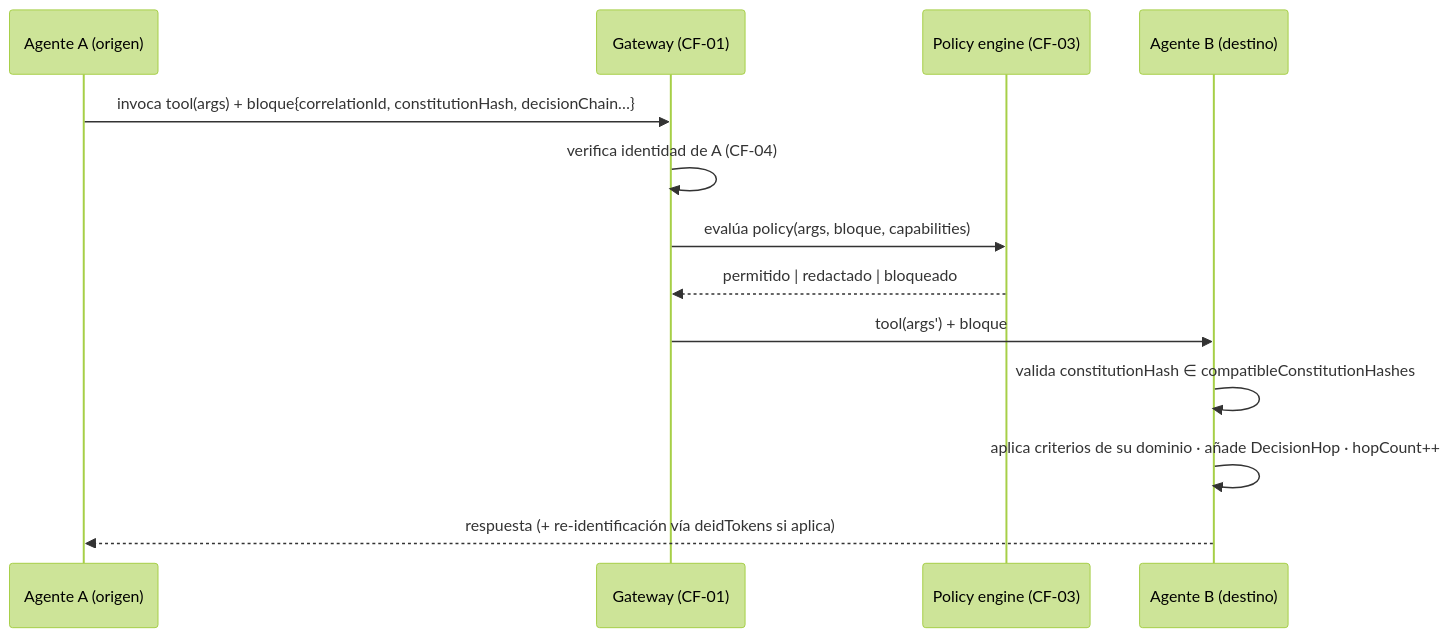
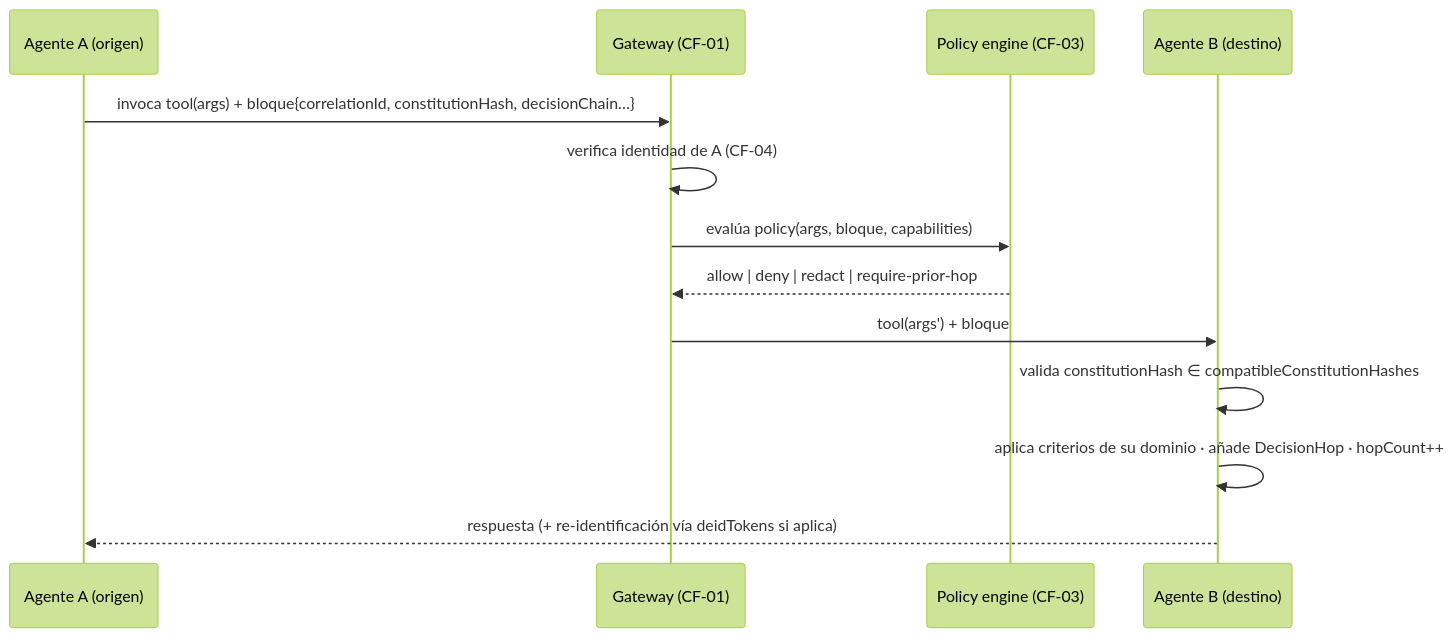
The second of 4 diagrams in docs/federation/guia-arquitectura-funcional.md (e2its/myrmion-framework), drawn with Mermaid (forest theme) before and after one commit. The commit also changed 5 other files, not shown here.

````diff
--- a/docs/federation/guia-arquitectura-funcional.md
+++ b/docs/federation/guia-arquitectura-funcional.md
@@ -55,15 +55,15 @@
 ```mermaid
 sequenceDiagram
     participant A as Agente A (origen)
     participant GW as Gateway (CF-01)
     participant PE as Policy engine (CF-03)
     participant B as Agente B (destino)
     A->>GW: invoca tool(args) + bloque{correlationId, constitutionHash, decisionChain…}
     GW->>GW: verifica identidad de A (CF-04)
     GW->>PE: evalúa policy(args, bloque, capabilities)
-    PE-->>GW: permitido | redactado | bloqueado
+    PE-->>GW: allow | deny | redact | require-prior-hop
     GW->>B: tool(args') + bloque
     B->>B: valida constitutionHash ∈ compatibleConstitutionHashes
     B->>B: aplica criterios de su dominio · añade DecisionHop · hopCount++
     B-->>A: respuesta (+ re-identificación vía deidTokens si aplica)
 ```
````
